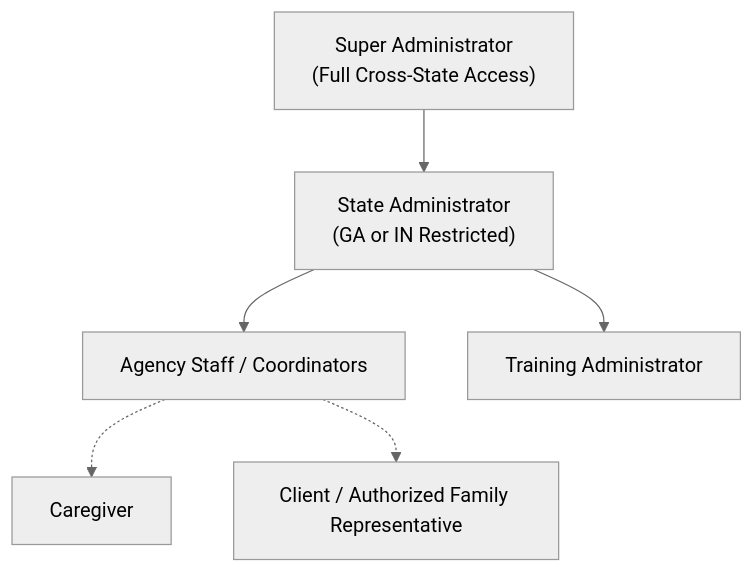
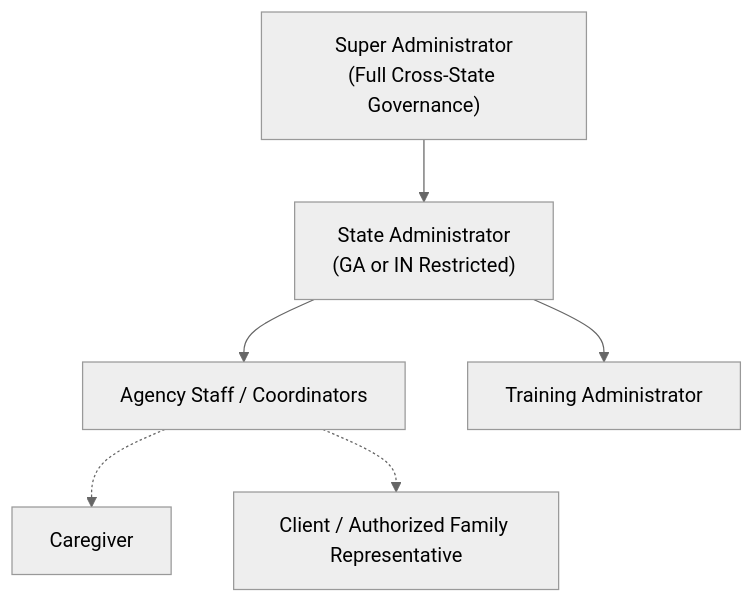
Before and after one commit to jico19/Crystal: the second of 3 diagrams in docs/context.md, drawn with Mermaid (neutral theme). The commit also changed other lines of this file and 90 other files, not shown here.

````diff
--- a/docs/context.md
+++ b/docs/context.md
@@ -148,15 +196,15 @@
 ```mermaid
 graph TD
-    SuperAdmin["Super Administrator<br/>(Full Cross-State Access)"]
+    SuperAdmin["Super Administrator<br/>(Full Cross-State Governance)"]
     StateAdmin["State Administrator<br/>(GA or IN Restricted)"]
     Staff["Agency Staff / Coordinators"]
     TrainingAdmin["Training Administrator"]
     Caregiver["Caregiver"]
     Client["Client / Authorized Family Representative"]
     
     SuperAdmin --> StateAdmin
     StateAdmin --> Staff
     StateAdmin --> TrainingAdmin
     Staff -.-> Caregiver
     Staff -.-> Client
 ```
````
